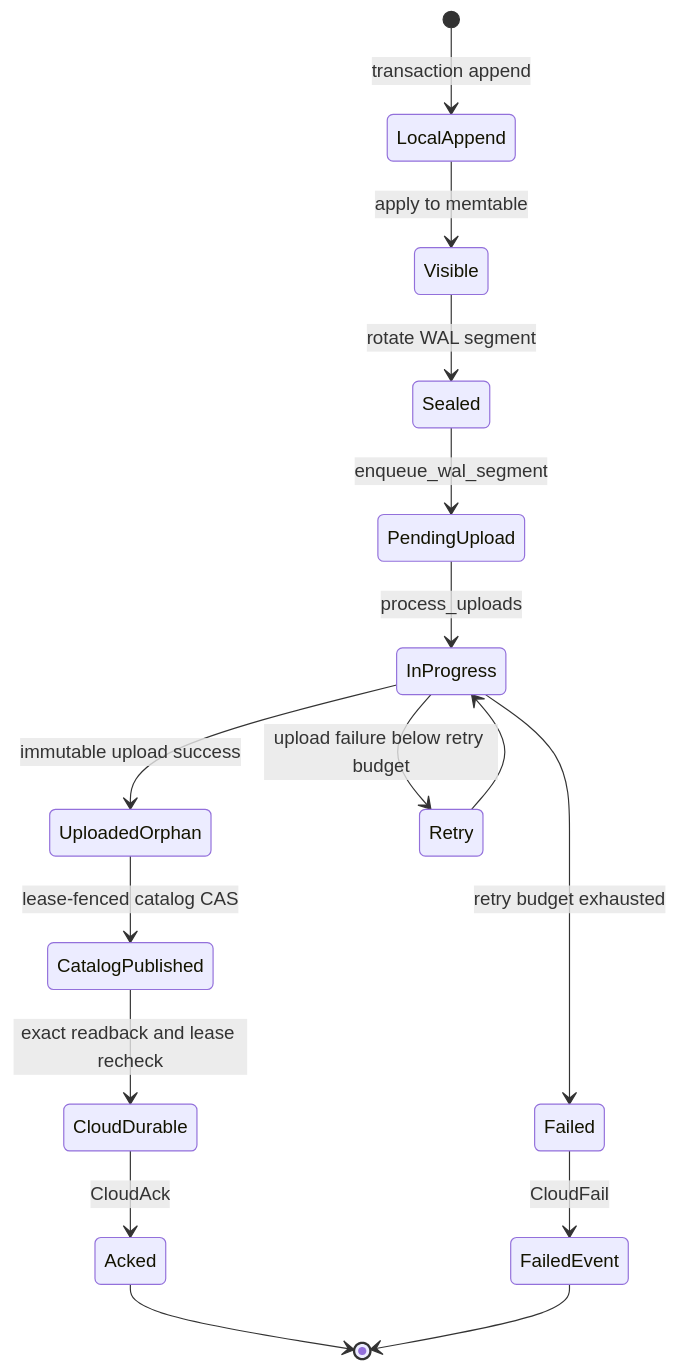
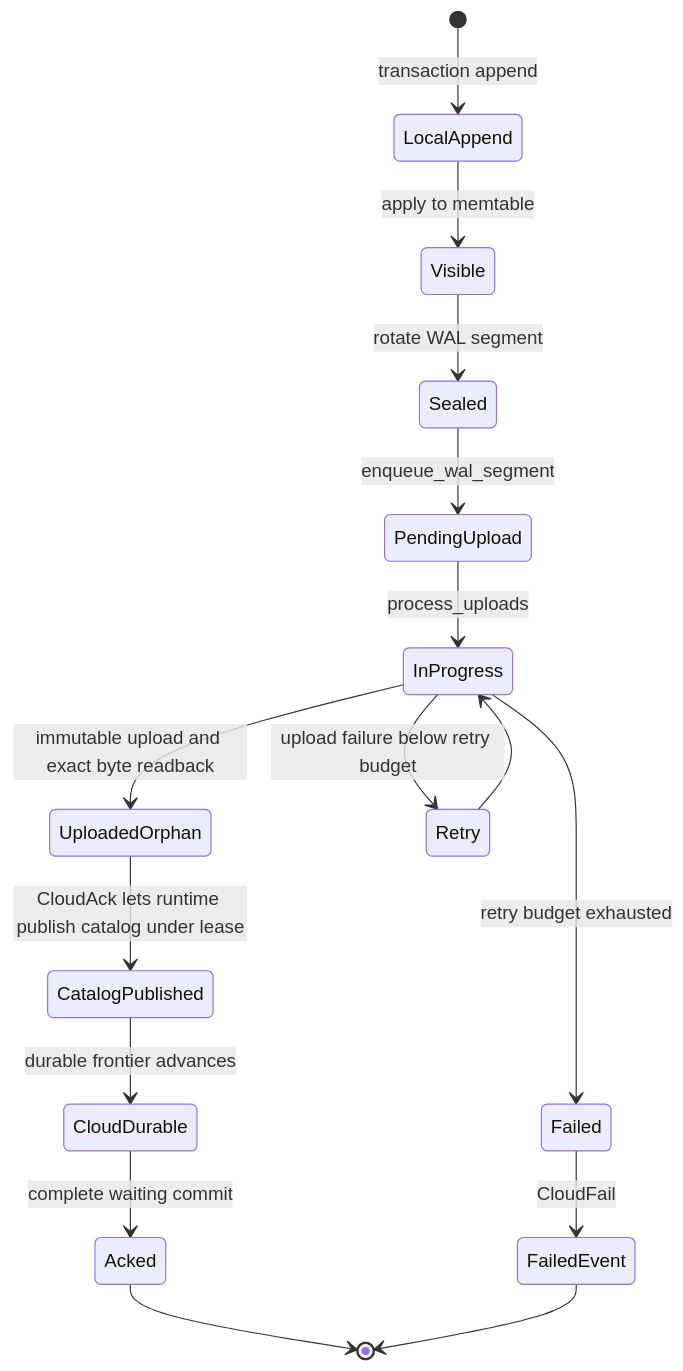
The ninth of 10 diagrams in docs/development/architecture-diagrams.md (cntryl/midge), drawn with Mermaid before and after one commit. The commit also changed other lines of this file and 36 other files, not shown here.

````diff
--- a/docs/development/architecture-diagrams.md
+++ b/docs/development/architecture-diagrams.md
@@ -277,18 +284,18 @@
 ```mermaid
 stateDiagram-v2
     [*] --> LocalAppend: transaction append
     LocalAppend --> Visible: apply to memtable
     Visible --> Sealed: rotate WAL segment
     Sealed --> PendingUpload: enqueue_wal_segment
     PendingUpload --> InProgress: process_uploads
-    InProgress --> UploadedOrphan: immutable upload success
-    UploadedOrphan --> CatalogPublished: lease-fenced catalog CAS
-    CatalogPublished --> CloudDurable: exact readback and lease recheck
+    InProgress --> UploadedOrphan: immutable upload and exact byte readback
+    UploadedOrphan --> CatalogPublished: CloudAck lets runtime publish catalog under lease
+    CatalogPublished --> CloudDurable: durable frontier advances
     InProgress --> Retry: upload failure below retry budget
     Retry --> InProgress
     InProgress --> Failed: retry budget exhausted
-    CloudDurable --> Acked: CloudAck
+    CloudDurable --> Acked: complete waiting commit
     Failed --> FailedEvent: CloudFail
     Acked --> [*]
     FailedEvent --> [*]
 ```
````
